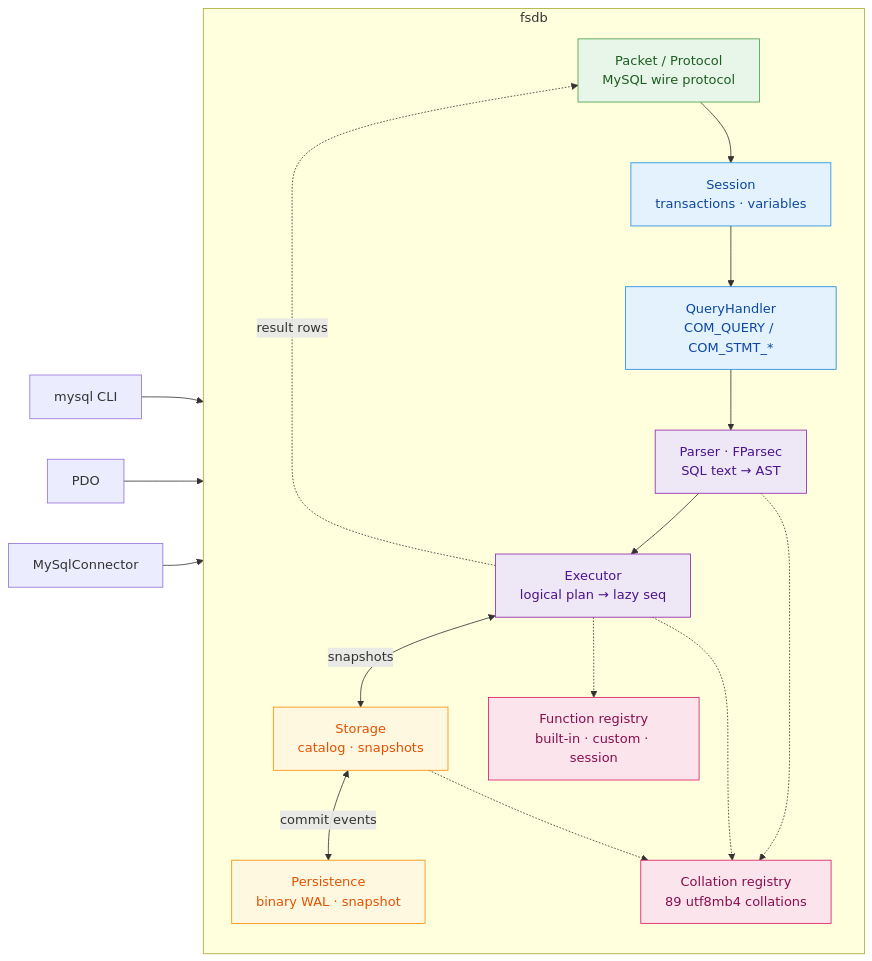
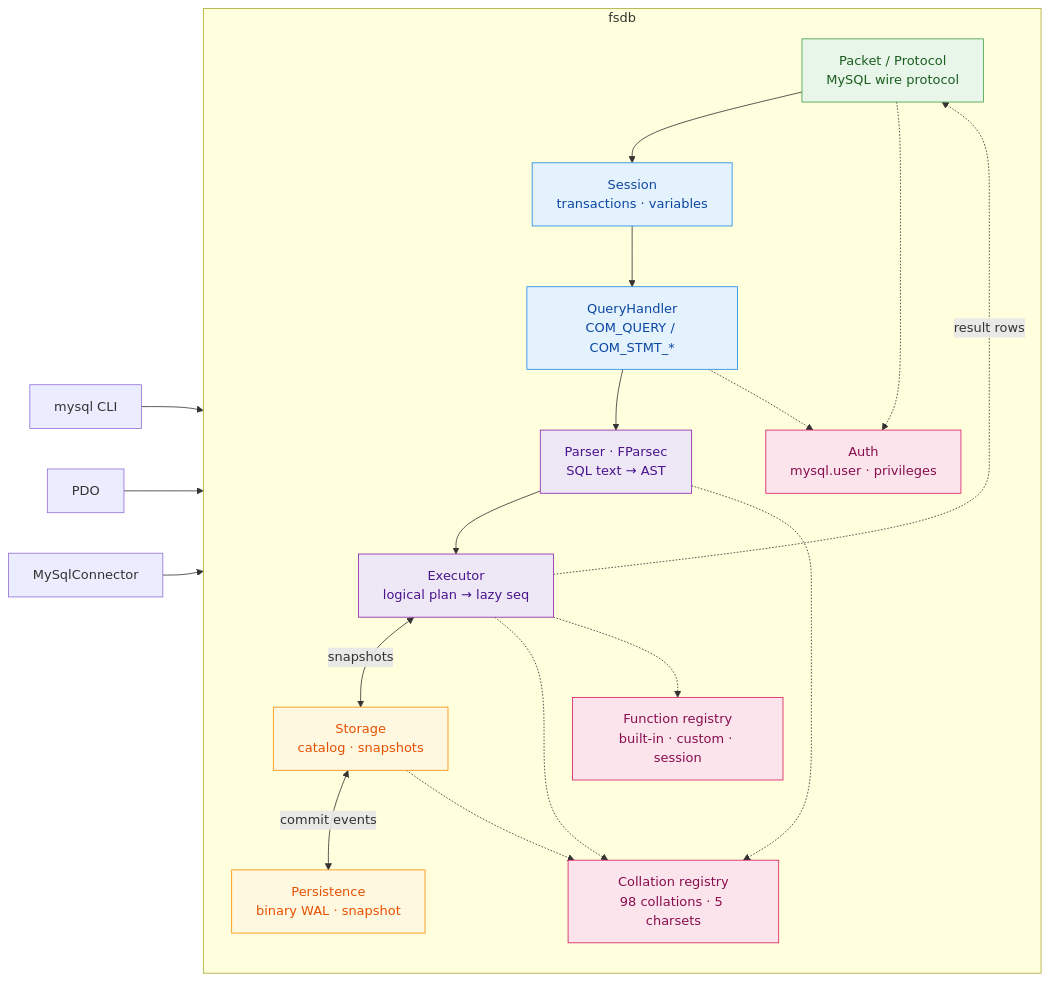
The diagram in README.md (HelgeSverre/fsdb), drawn with Mermaid before and after one commit. The commit also changed other lines of this file and 2 other files, not shown here.

First line of the commit message:
Sweep docs for the auth + GUI-client surface: install, collations, introspection

````diff
--- a/README.md
+++ b/README.md
@@ -85,37 +85,40 @@
 ```mermaid
 flowchart LR
     CLI["mysql CLI"] --> WIRE
     PDO["PDO"] --> WIRE
     CON["MySqlConnector"] --> WIRE
 
     subgraph fsdb["fsdb"]
         direction TB
 
         WIRE["Packet / Protocol<br/>MySQL wire protocol"]:::wire
         SESS["Session<br/>transactions · variables"]:::session
         QH["QueryHandler<br/>COM_QUERY / COM_STMT_*"]:::session
         PARSE["Parser · FParsec<br/>SQL text → AST"]:::plan
         EXEC["Executor<br/>logical plan → lazy seq"]:::plan
         STORE["Storage<br/>catalog · snapshots"]:::data
         WAL["Persistence<br/>binary WAL · snapshot"]:::data
 
         WIRE --> SESS --> QH --> PARSE --> EXEC
         EXEC <-->|snapshots| STORE
         STORE <-->|commit events| WAL
         EXEC -.->|result rows| WIRE
 
-        COL["Collation registry<br/>89 utf8mb4 collations"]:::side
+        AUTH["Auth<br/>mysql.user · privileges"]:::side
+        COL["Collation registry<br/>98 collations · 5 charsets"]:::side
         FN["Function registry<br/>built-in · custom · session"]:::side
 
+        WIRE -.-> AUTH
+        QH -.-> AUTH
         PARSE -.-> COL
         EXEC -.-> COL
         STORE -.-> COL
         EXEC -.-> FN
     end
 
     classDef wire fill:#e8f5e9,stroke:#43a047,color:#1b5e20
     classDef session fill:#e3f2fd,stroke:#1e88e5,color:#0d47a1
     classDef plan fill:#ede7f6,stroke:#8e24aa,color:#4a148c
     classDef data fill:#fff8e1,stroke:#fb8c00,color:#e65100
     classDef side fill:#fce4ec,stroke:#d81b60,color:#880e4f
 ```
````
